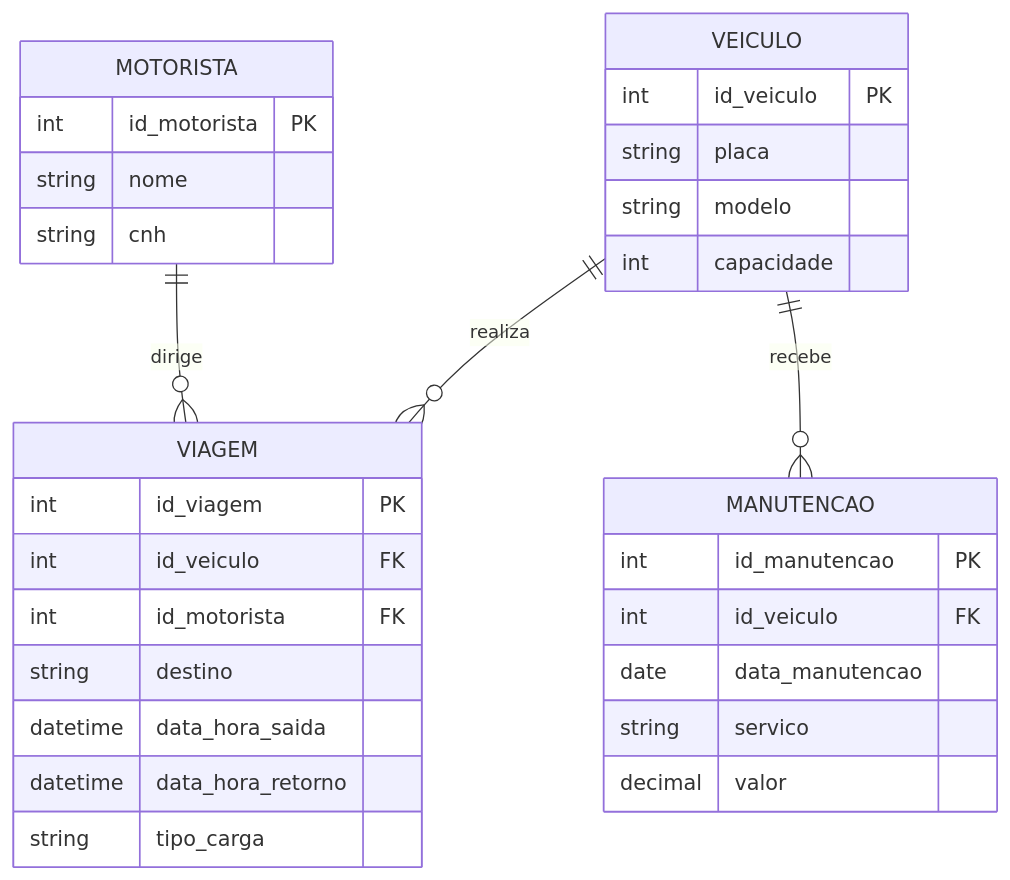
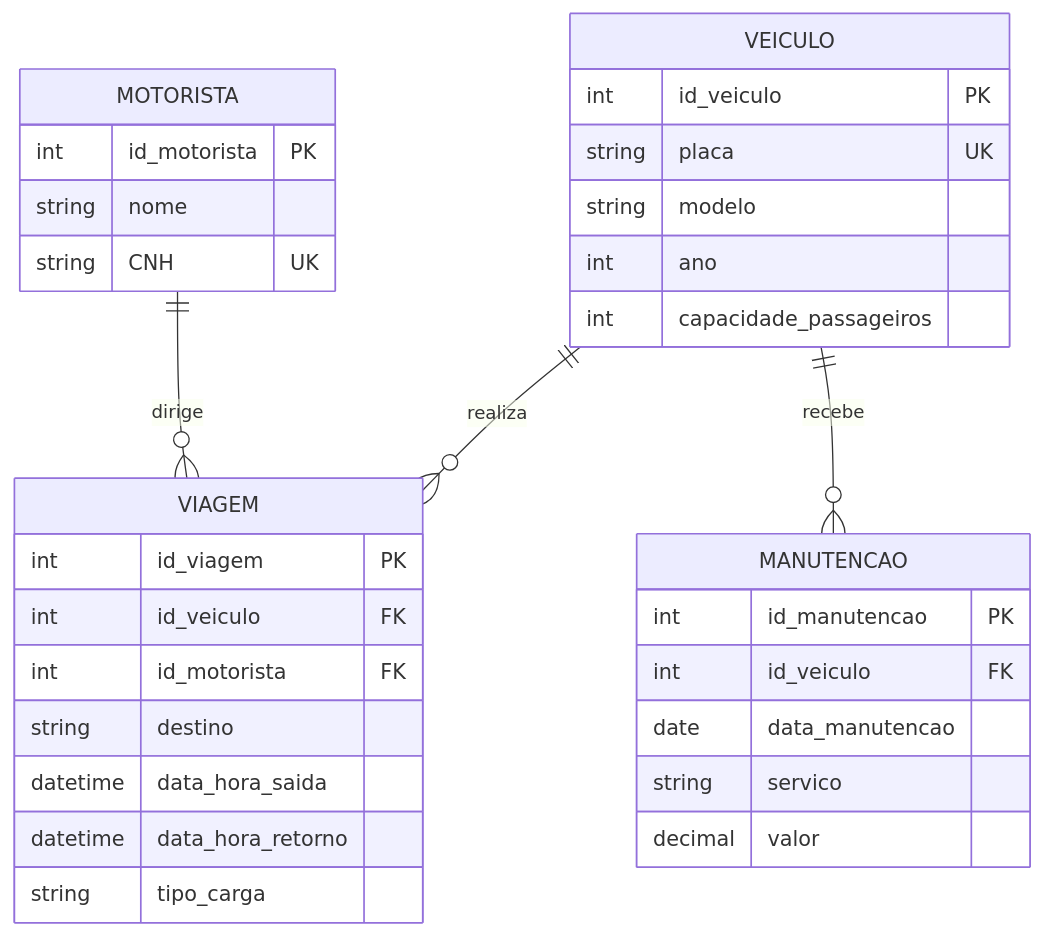
Before and after one commit to NathaliaGongora/Exercicios_Faculdade: the diagram in SegundoSemestre/BancoDeDados/ModelagemDeDados/Exercicio04.md, drawn with Mermaid. The commit also changed other lines of this file, not shown here.

Commit message:
Detalha MER do controle de veiculos

````diff
--- a/SegundoSemestre/BancoDeDados/ModelagemDeDados/Exercicio04.md
+++ b/SegundoSemestre/BancoDeDados/ModelagemDeDados/Exercicio04.md
@@ -5,34 +7,35 @@
 ```mermaid
 erDiagram
     VEICULO ||--o{ VIAGEM : realiza
     MOTORISTA ||--o{ VIAGEM : dirige
     VEICULO ||--o{ MANUTENCAO : recebe
 
     VEICULO {
         int id_veiculo PK
-        string placa
+        string placa UK
         string modelo
-        int capacidade
+        int ano
+        int capacidade_passageiros
     }
     MOTORISTA {
         int id_motorista PK
         string nome
-        string cnh
+        string CNH UK
     }
     VIAGEM {
         int id_viagem PK
         int id_veiculo FK
         int id_motorista FK
         string destino
         datetime data_hora_saida
         datetime data_hora_retorno
         string tipo_carga
     }
     MANUTENCAO {
         int id_manutencao PK
         int id_veiculo FK
         date data_manutencao
         string servico
         decimal valor
     }
 ```
````
